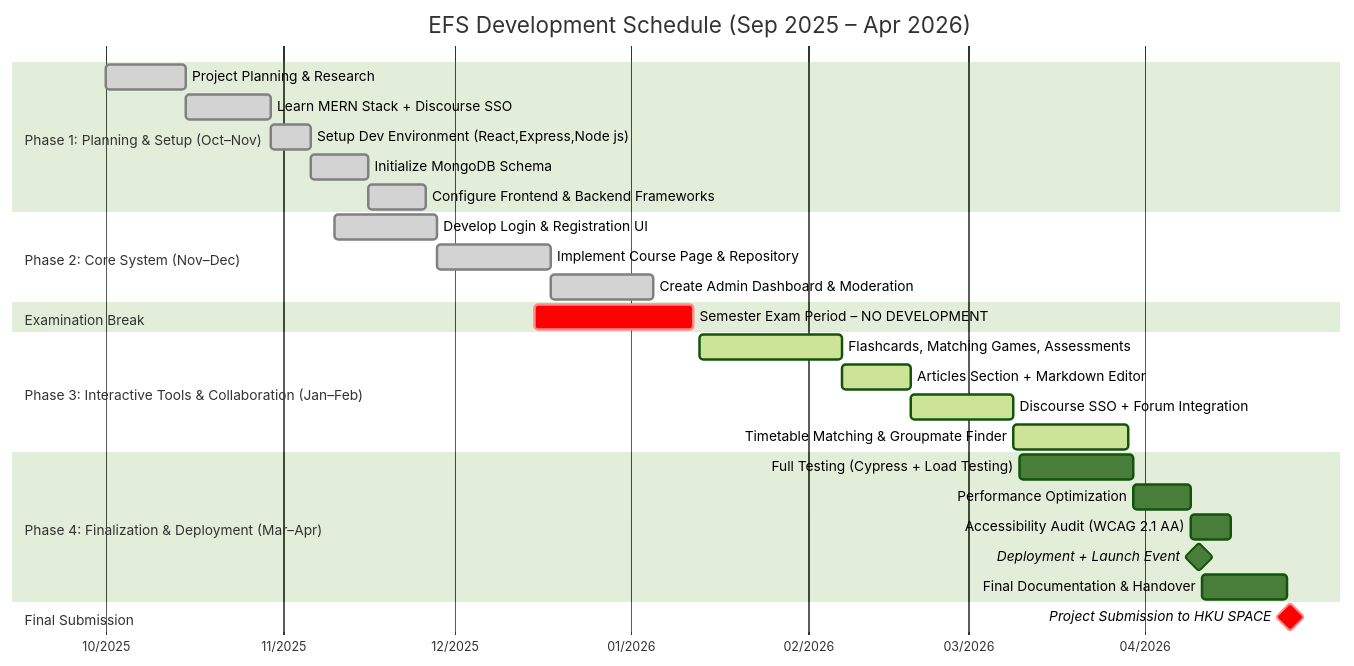
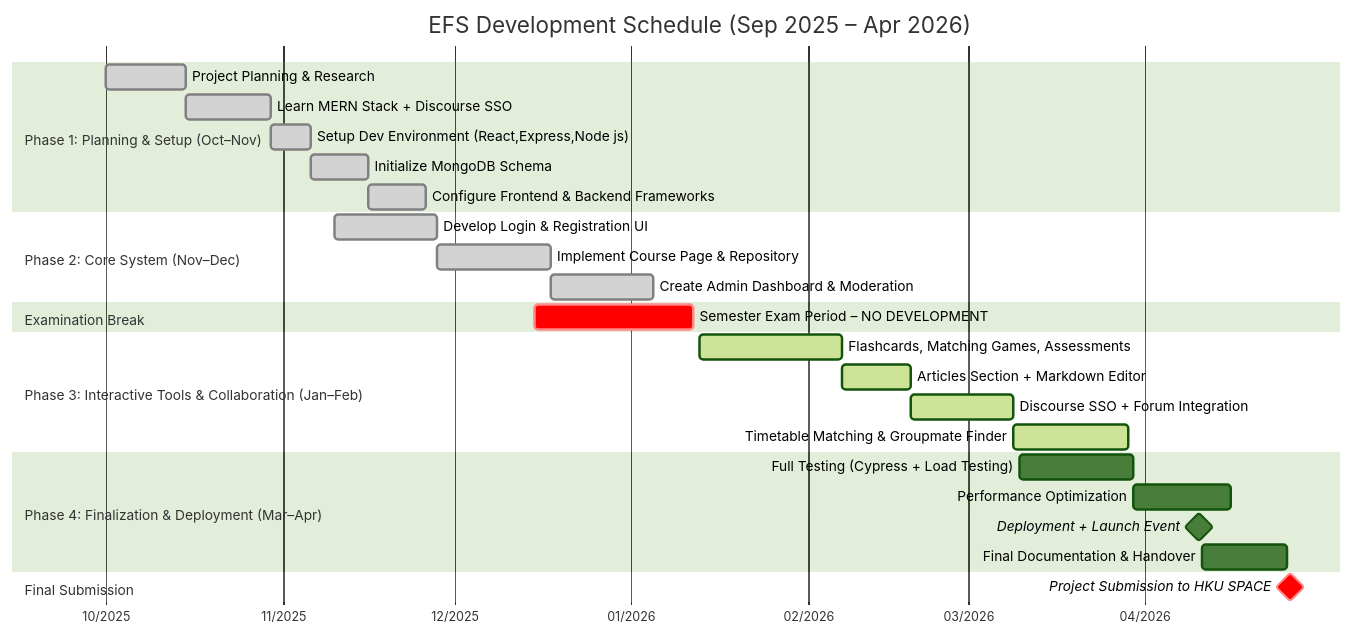
Before and after one commit to MyFGitAccount/MARKDOWN_KK: the second of 2 diagrams in markdown/TechStack.md, drawn with Mermaid (forest theme).

Commit message:
add TechStack

````diff
--- a/markdown/TechStack.md
+++ b/markdown/TechStack.md
@@ -74,39 +74,38 @@
 ```mermaid
 gantt
     title EFS Development Schedule (Sep 2025 – Apr 2026)
     dateFormat  YYYY-MM-DD
     axisFormat  %m/%Y
     tickInterval 1month
     todayMarker stroke-width:4px,stroke:#e74c3c,opacity:0.9
 
     section Phase 1: Planning & Setup (Oct–Nov)
     Project Planning & Research                 :done, plan1, 2025-10-01, 2025-10-15
     Learn MERN Stack + Discourse SSO            :done, learn1, after plan1, 15d
     Setup Dev Environment (React,Express,Node js)     :done, setup1, after learn1, 7d
     Initialize MongoDB Schema                   :done, db1, after setup1, 10d
     Configure Frontend & Backend Frameworks     :done, config1, after db1, 10d
 
     section Phase 2: Core System (Nov–Dec)
     Develop Login & Registration UI             :done, auth1, 2025-11-10, 18d
     Implement Course Page & Repository          :done, repo1, after auth1, 20d
     Create Admin Dashboard & Moderation         :done, admin1, after repo1, 18d
 
     section Examination Break
     Semester Exam Period – NO DEVELOPMENT       :crit, exam, 2025-12-15, 2026-01-12
 
     section Phase 3: Interactive Tools & Collaboration (Jan–Feb)
     Flashcards, Matching Games, Assessments     :active, tools1, 2026-01-13, 25d
     Articles Section + Markdown Editor          :active, articles1, after tools1, 12d
     Discourse SSO + Forum Integration           :active, forum1, after articles1, 18d
     Timetable Matching & Groupmate Finder       :active, match1, after forum1, 20d
 
     section Phase 4: Finalization & Deployment (Mar–Apr)
     Full Testing (Cypress + Load Testing)       :test1, 2026-03-10, 20d
-    Performance Optimization                    :perf1, after test1, 10d
-    Accessibility Audit (WCAG 2.1 AA)           :audit1, after perf1, 7d
+    Performance Optimization                    :perf1, after test1, 17d
     Deployment + Launch Event                   :milestone, launch, 2026-04-10, 1d
     Final Documentation & Handover              :handover1, after launch, 15d
 
     section Final Submission
     Project Submission to HKU SPACE             :crit, milestone, submit, 2026-04-26, 1d
 ```
````
